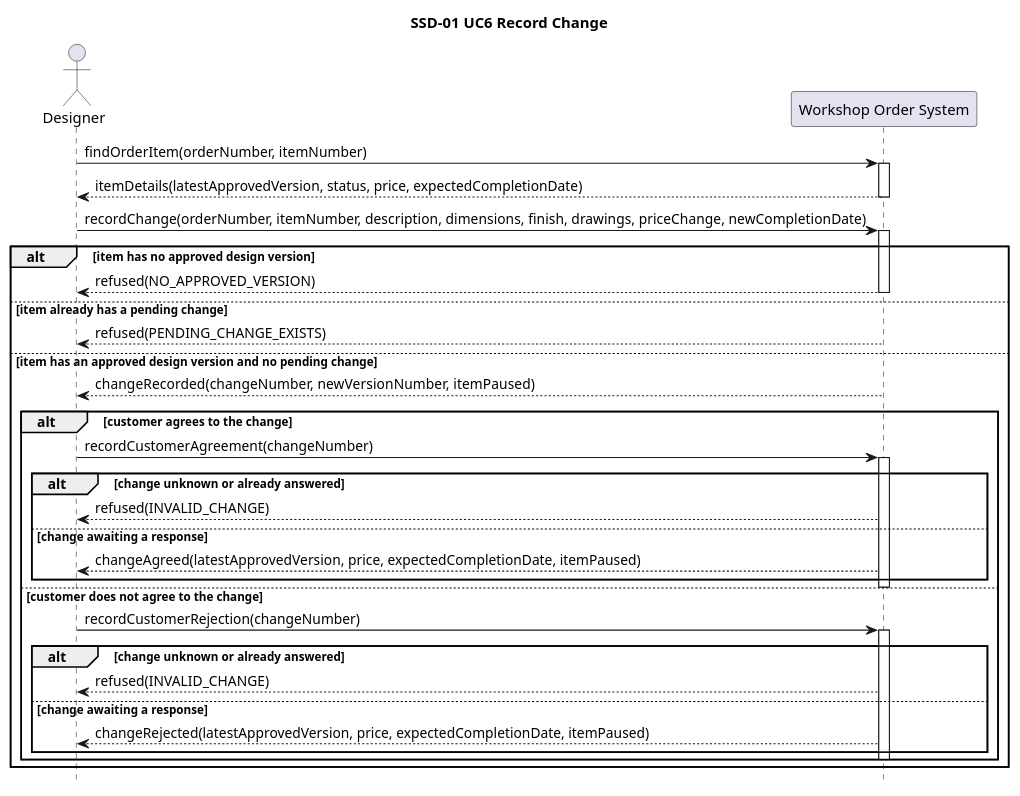
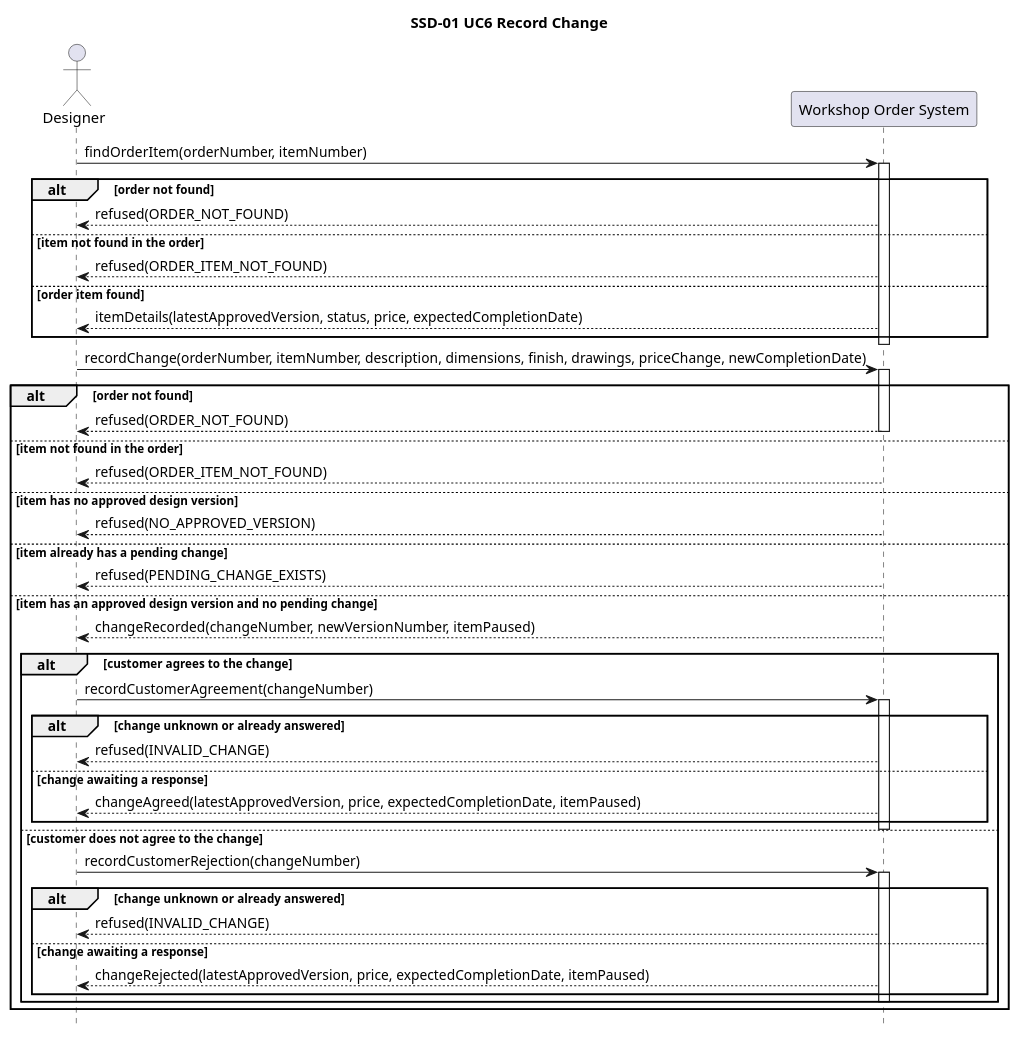
Before and after one commit to Ahmad-1031/OOAD_CA2: the diagram in ssd-uc6-record-change.puml, drawn with PlantUML.

Commit message:
Add order and item not found refusals to SSD
Adds ORDER_NOT_FOUND and ORDER_ITEM_NOT_FOUND refusals to findOrderItem and recordChange, following the agreed OQ-07 in 06. Refusals are listed before the success branch and match OC-01 and OC-02.

```diff
--- a/ssd-uc6-record-change.puml
+++ b/ssd-uc6-record-change.puml
@@ -1,50 +1,64 @@
 @startuml SSD-01-uc6-record-change
 hide footbox
 title SSD-01 UC6 Record Change
 
 actor Designer
 participant "Workshop Order System" as System
 
 Designer -> System : findOrderItem(orderNumber, itemNumber)
 activate System
-System --> Designer : itemDetails(latestApprovedVersion, status, price, expectedCompletionDate)
+alt order not found
+  System --> Designer : refused(ORDER_NOT_FOUND)
+else item not found in the order
+  System --> Designer : refused(ORDER_ITEM_NOT_FOUND)
+else order item found
+  System --> Designer : itemDetails(latestApprovedVersion, status, price, expectedCompletionDate)
+end
 deactivate System
 
 Designer -> System : recordChange(orderNumber, itemNumber, description, dimensions, finish, drawings, priceChange, newCompletionDate)
 activate System
 
-alt item has no approved design version
+alt order not found
+  System --> Designer : refused(ORDER_NOT_FOUND)
+  deactivate System
+
+else item not found in the order
+  System --> Designer : refused(ORDER_ITEM_NOT_FOUND)
+  deactivate System
+
+else item has no approved design version
   System --> Designer : refused(NO_APPROVED_VERSION)
   deactivate System
 
 else item already has a pending change
   System --> Designer : refused(PENDING_CHANGE_EXISTS)
   deactivate System
 
 else item has an approved design version and no pending change
   System --> Designer : changeRecorded(changeNumber, newVersionNumber, itemPaused)
   deactivate System
 
   alt customer agrees to the change
     Designer -> System : recordCustomerAgreement(changeNumber)
     activate System
     alt change unknown or already answered
       System --> Designer : refused(INVALID_CHANGE)
     else change awaiting a response
       System --> Designer : changeAgreed(latestApprovedVersion, price, expectedCompletionDate, itemPaused)
     end
     deactivate System
 
   else customer does not agree to the change
     Designer -> System : recordCustomerRejection(changeNumber)
     activate System
     alt change unknown or already answered
       System --> Designer : refused(INVALID_CHANGE)
     else change awaiting a response
       System --> Designer : changeRejected(latestApprovedVersion, price, expectedCompletionDate, itemPaused)
     end
     deactivate System
   end
 end
 
 @enduml
```
